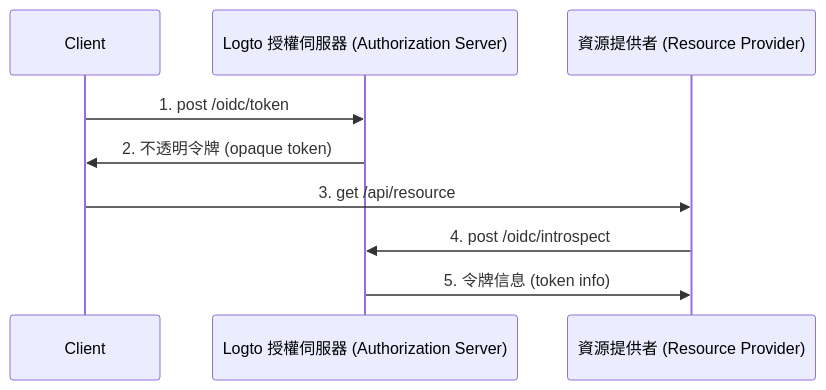
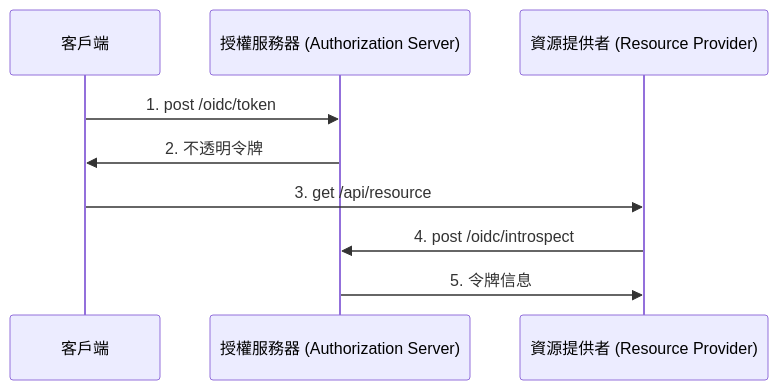
The first of 2 diagrams in src/content/terms/zh-Hant/opaque-token.mdx (logto-io/auth-wiki), drawn with Mermaid before and after one commit. The commit also changed other lines of this file and 98 other files, not shown here.

````diff
--- a/src/content/terms/zh-Hant/opaque-token.mdx
+++ b/src/content/terms/zh-Hant/opaque-token.mdx
@@ -49,13 +49,13 @@
 ```mermaid
 sequenceDiagram
-    participant C as Client
-    participant AS as Logto 授權伺服器 (Authorization Server)
+    participant C as 客戶端
+    participant AS as 授權服務器 (Authorization Server)
     participant RP as 資源提供者 (Resource Provider)
 
     C ->> AS: 1. post /oidc/token
-    AS ->> C: 2. 不透明令牌 (opaque token)
+    AS ->> C: 2. 不透明令牌
     C ->> RP: 3. get /api/resource
     RP ->> AS: 4. post /oidc/introspect
-    AS ->> RP: 5. 令牌信息 (token info)
+    AS ->> RP: 5. 令牌信息
 
 ```
````
